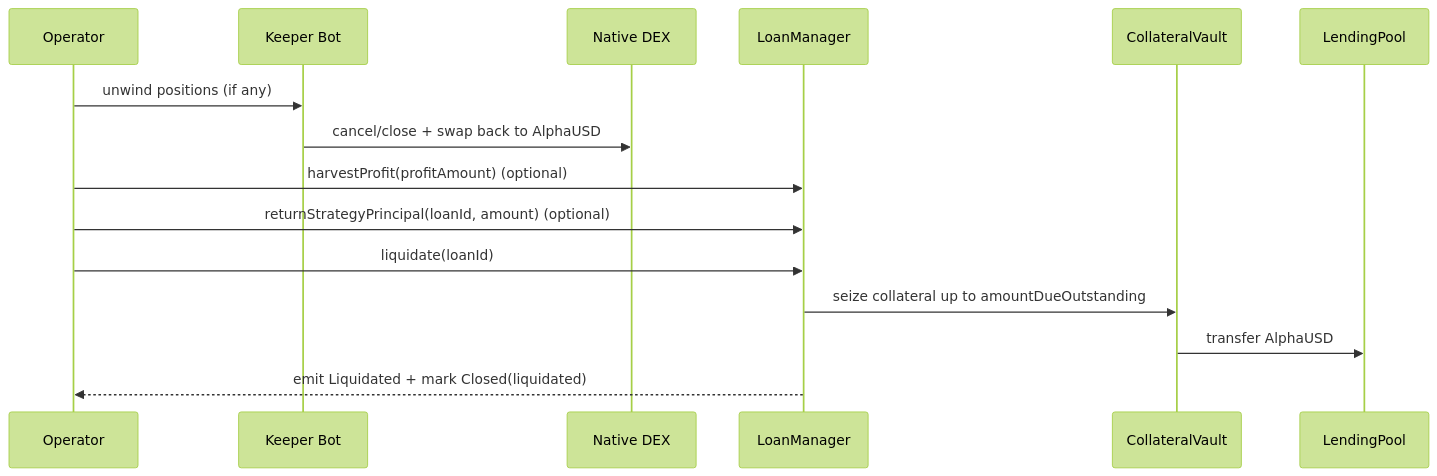
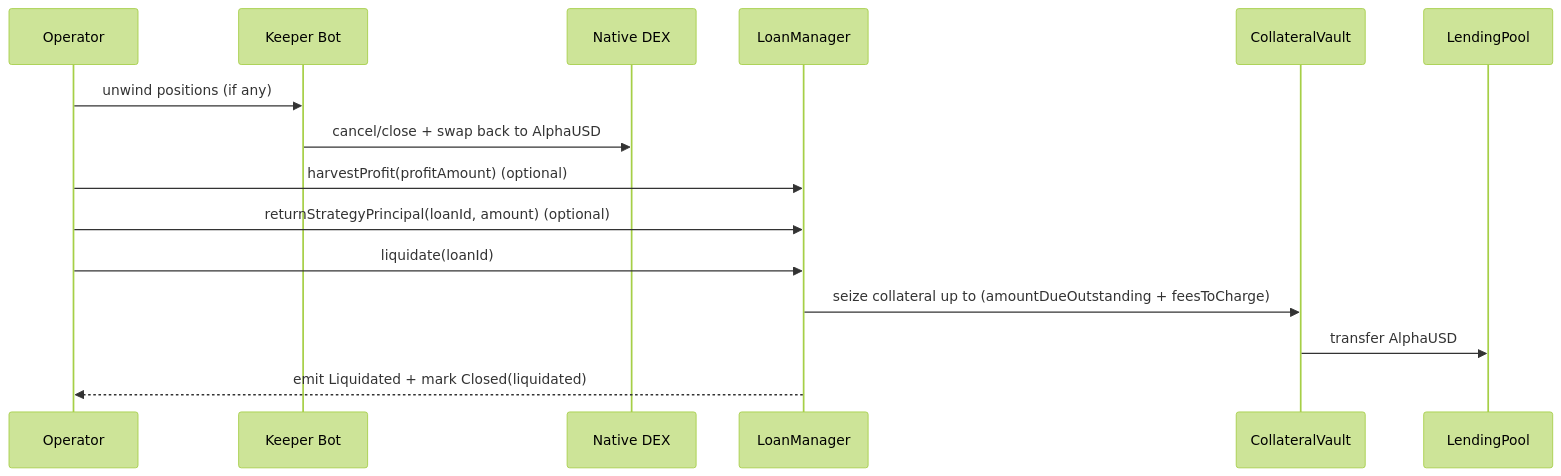
One commit to yukikm/bnpl-yield-discount changed the ninth of 10 diagrams in docs/functional-design.md. Above: the diagram before and after it, drawn with Mermaid (forest theme). The commit also changed other lines of this file and 149 other files, not shown here.

First line of the commit message:
feat: initialize pnpm workspace and add Prisma schema with migrations

````diff
--- a/docs/functional-design.md
+++ b/docs/functional-design.md
@@ -470,18 +465,18 @@
 ```mermaid
 sequenceDiagram
   participant Op as Operator
   participant Keeper as Keeper Bot
   participant Dex as Native DEX
   participant Loan as LoanManager
   participant CV as CollateralVault
   participant Pool as LendingPool
 
   Op->>Keeper: unwind positions (if any)
   Keeper->>Dex: cancel/close + swap back to AlphaUSD
   Op->>Loan: harvestProfit(profitAmount) (optional)
-  Op->>Loan: returnStrategyPrincipal(loanId, amount) (optional)
-  Op->>Loan: liquidate(loanId)
-  Loan->>CV: seize collateral up to amountDueOutstanding
-  CV->>Pool: transfer AlphaUSD
-  Loan-->>Op: emit Liquidated + mark Closed(liquidated)
+	  Op->>Loan: returnStrategyPrincipal(loanId, amount) (optional)
+	  Op->>Loan: liquidate(loanId)
+	  Loan->>CV: seize collateral up to (amountDueOutstanding + feesToCharge)
+	  CV->>Pool: transfer AlphaUSD
+	  Loan-->>Op: emit Liquidated + mark Closed(liquidated)
 ```
````
